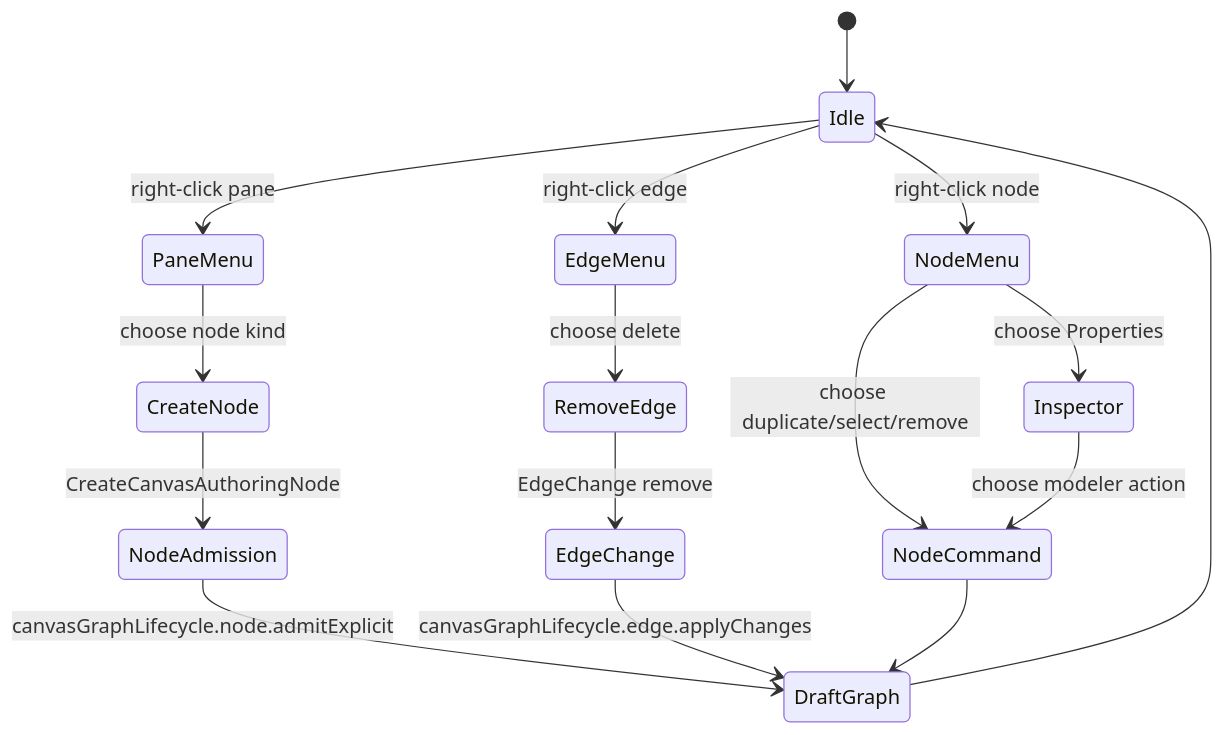
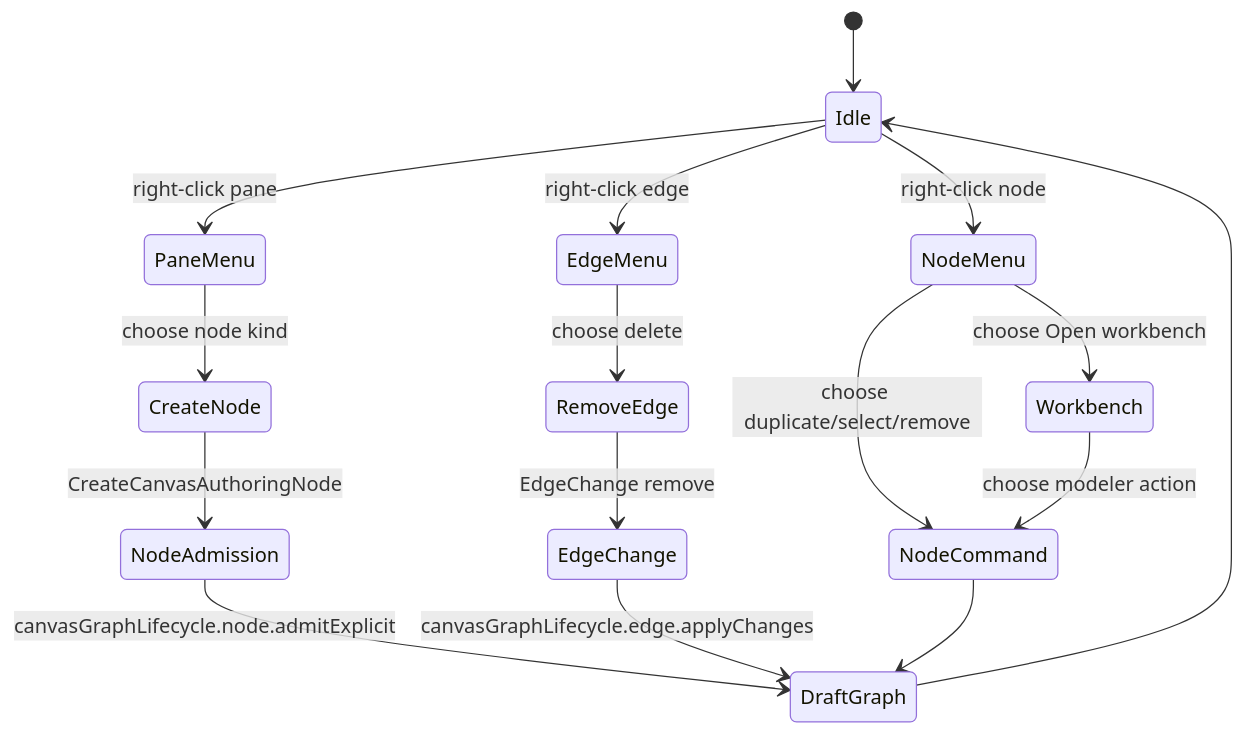
Before and after one commit to dunay2/dvt: the first of 2 diagrams in docs/architecture/components/web/graph/canvas-interaction-command-surface-component.md, drawn with Mermaid. The commit also changed other lines of this file and 7 other files, not shown here.

Commit message:
refactor(web): Separate Canvas node context menu presentation

````diff
--- a/docs/architecture/components/web/graph/canvas-interaction-command-surface-component.md
+++ b/docs/architecture/components/web/graph/canvas-interaction-command-surface-component.md
@@ -139,18 +147,18 @@
 ```mermaid
 stateDiagram-v2
   [*] --> Idle
   Idle --> PaneMenu: right-click pane
   Idle --> EdgeMenu: right-click edge
   Idle --> NodeMenu: right-click node
   PaneMenu --> CreateNode: choose node kind
   CreateNode --> NodeAdmission: CreateCanvasAuthoringNode
   NodeAdmission --> DraftGraph: canvasGraphLifecycle.node.admitExplicit
   EdgeMenu --> RemoveEdge: choose delete
   RemoveEdge --> EdgeChange: EdgeChange remove
   EdgeChange --> DraftGraph: canvasGraphLifecycle.edge.applyChanges
-  NodeMenu --> Inspector: choose Properties
+  NodeMenu --> Workbench: choose Open workbench
   NodeMenu --> NodeCommand: choose duplicate/select/remove
-  Inspector --> NodeCommand: choose modeler action
+  Workbench --> NodeCommand: choose modeler action
   NodeCommand --> DraftGraph
   DraftGraph --> Idle
 ```
````
